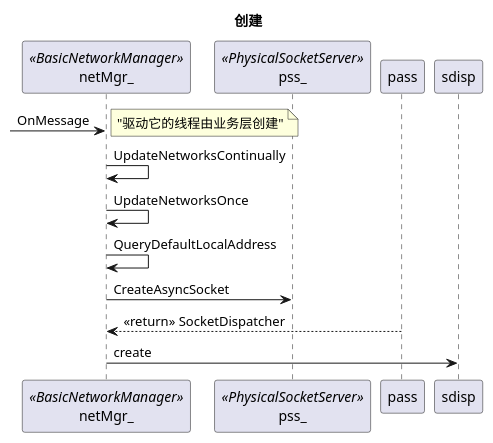
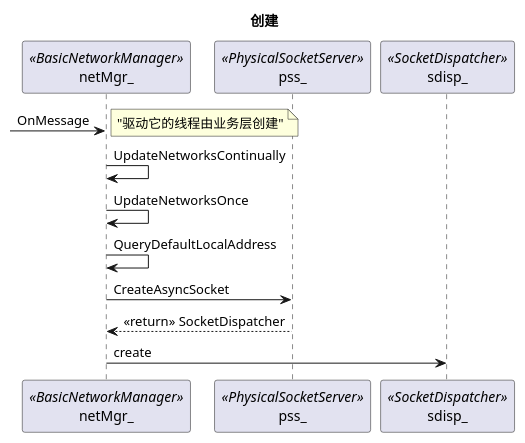
Before and after one commit to mingxin505/webrtcNote: the third of 5 diagrams in webrtc_chrome/socket.md, drawn with PlantUML. The commit also changed other lines of this file and 11 other files, not shown here.

Commit message:
gitlab中的plantuml，换了URL后要手动更新一下图，更新才应用。

````diff
--- a/webrtc_chrome/socket.md
+++ b/webrtc_chrome/socket.md
@@ -62,13 +63,15 @@
 ```plantuml
 title "创建“
 participant netMgr_ as bnwmgr <<BasicNetworkManager>>
 participant pss_ as pss <<PhysicalSocketServer>>
+participant sdisp_ as sdisp <<SocketDispatcher>>
+
 [-> bnwmgr : OnMessage
 note left : "驱动它的线程由业务层创建"
 bnwmgr -> bnwmgr : UpdateNetworksContinually
 bnwmgr -> bnwmgr : UpdateNetworksOnce
 bnwmgr -> bnwmgr : QueryDefaultLocalAddress
 bnwmgr -> pss : CreateAsyncSocket
-pass --> bnwmgr : <<return>> SocketDispatcher
+pss --> bnwmgr : <<return>> SocketDispatcher
 bnwmgr -> sdisp : create 
 ```
````
